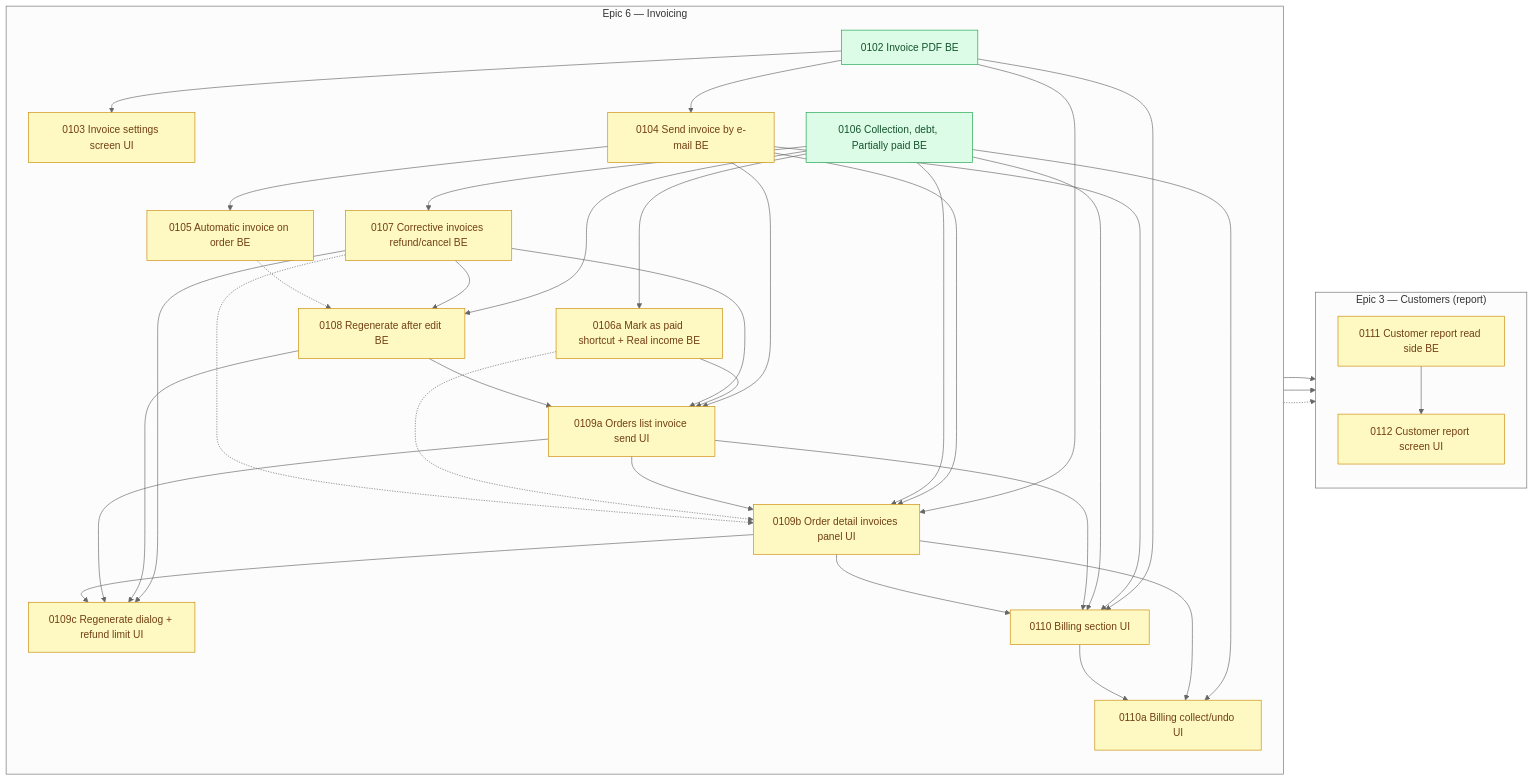
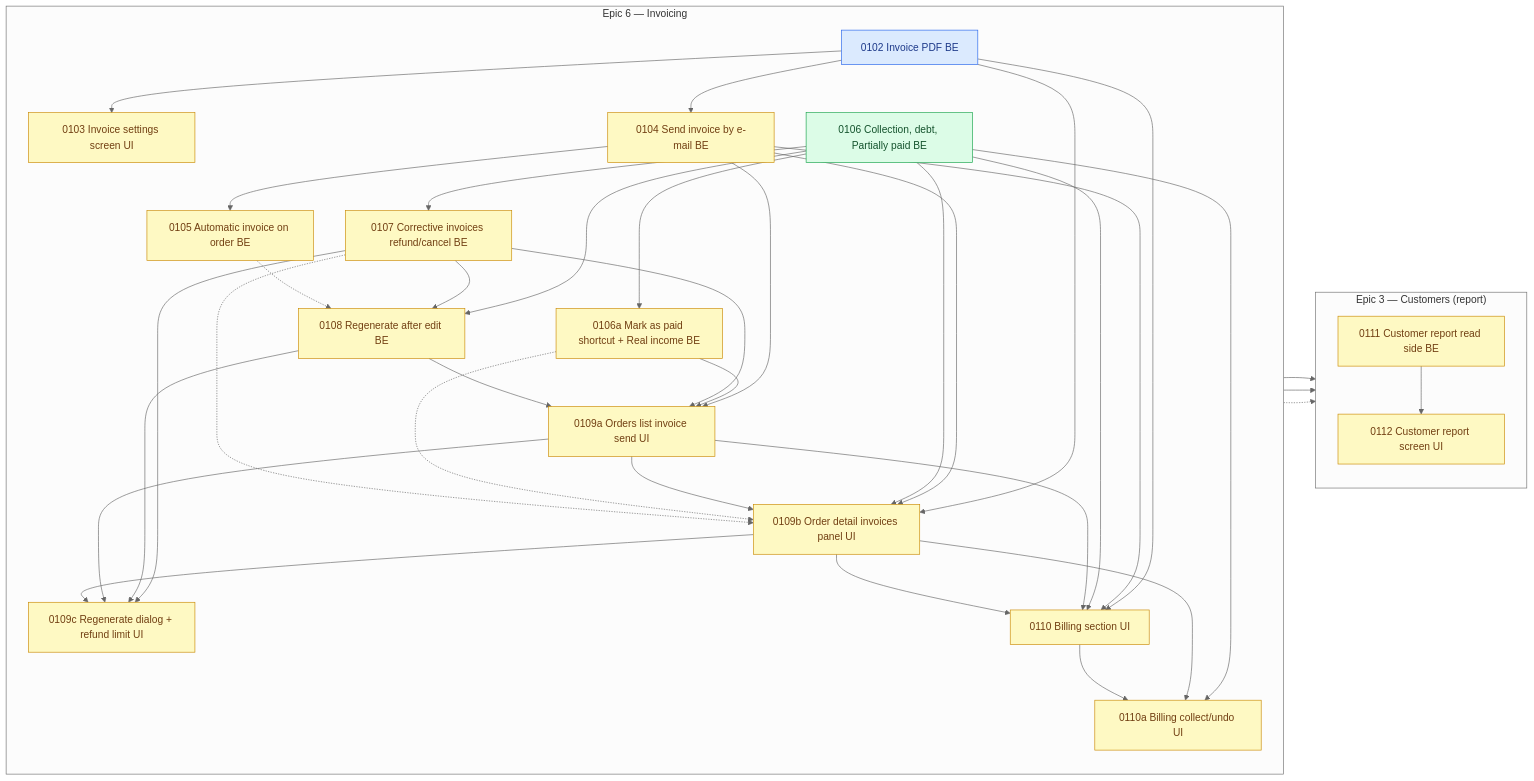
Before and after one commit to shojen/AI4Devs-finalproject: the diagram in arospe/ai-spec/tasks-map.md, drawn with Mermaid (neutral theme). The commit also changed other lines of this file and 9 other files, not shown here.

````diff
--- a/arospe/ai-spec/tasks-map.md
+++ b/arospe/ai-spec/tasks-map.md
@@ -813,6 +815,7 @@
     P0106a -.-> P0109b
     P0107 -.-> P0109b
     %% Shared-file risk with the stock dialogs (no dependency): see the update note at the top.
-    class P0102,P0106 ready;
+    class P0106 ready;
+    class P0102 claimed;
     class P0103,P0104,P0105,P0106a,P0107,P0108,P0109a,P0109b,P0109c,P0110,P0110a,P0111,P0112 pending;
 ```
````
